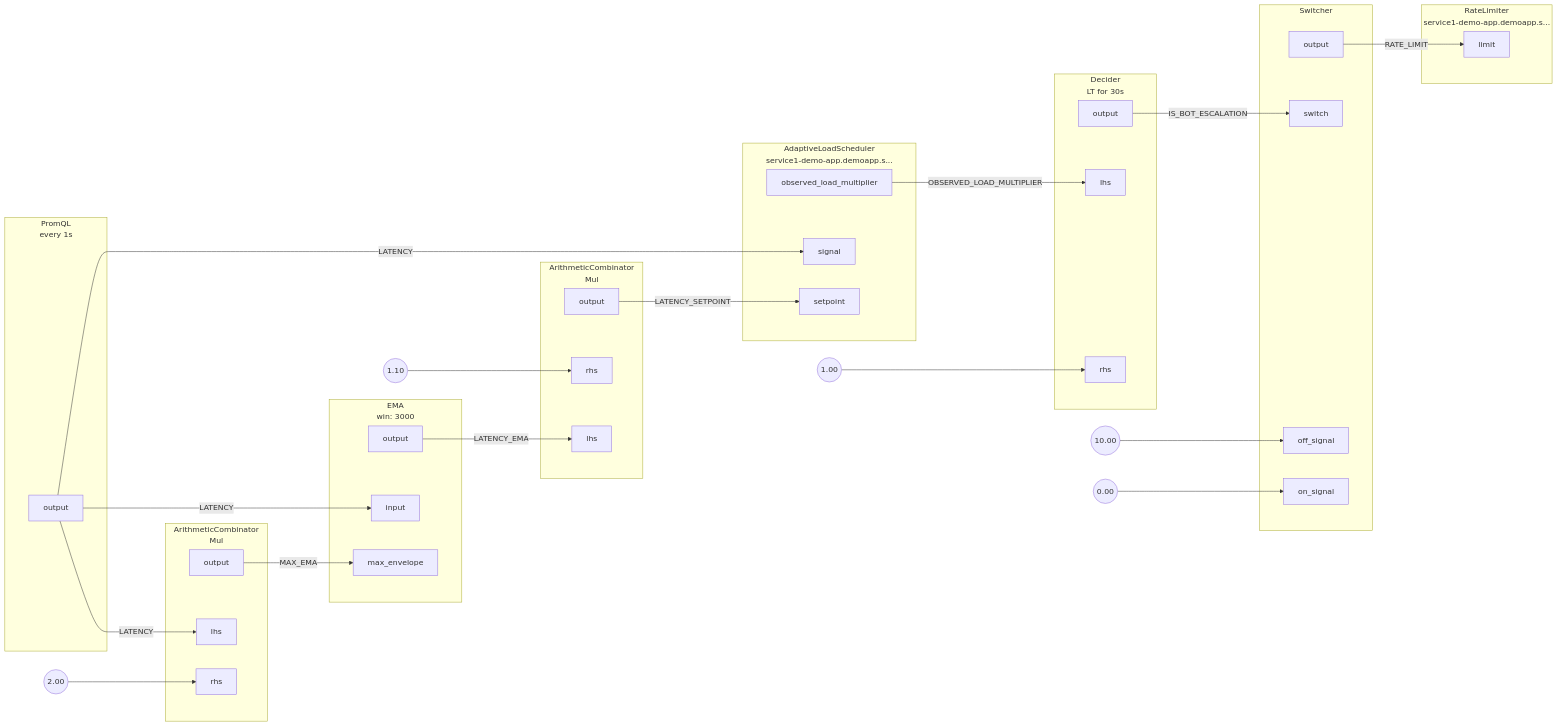
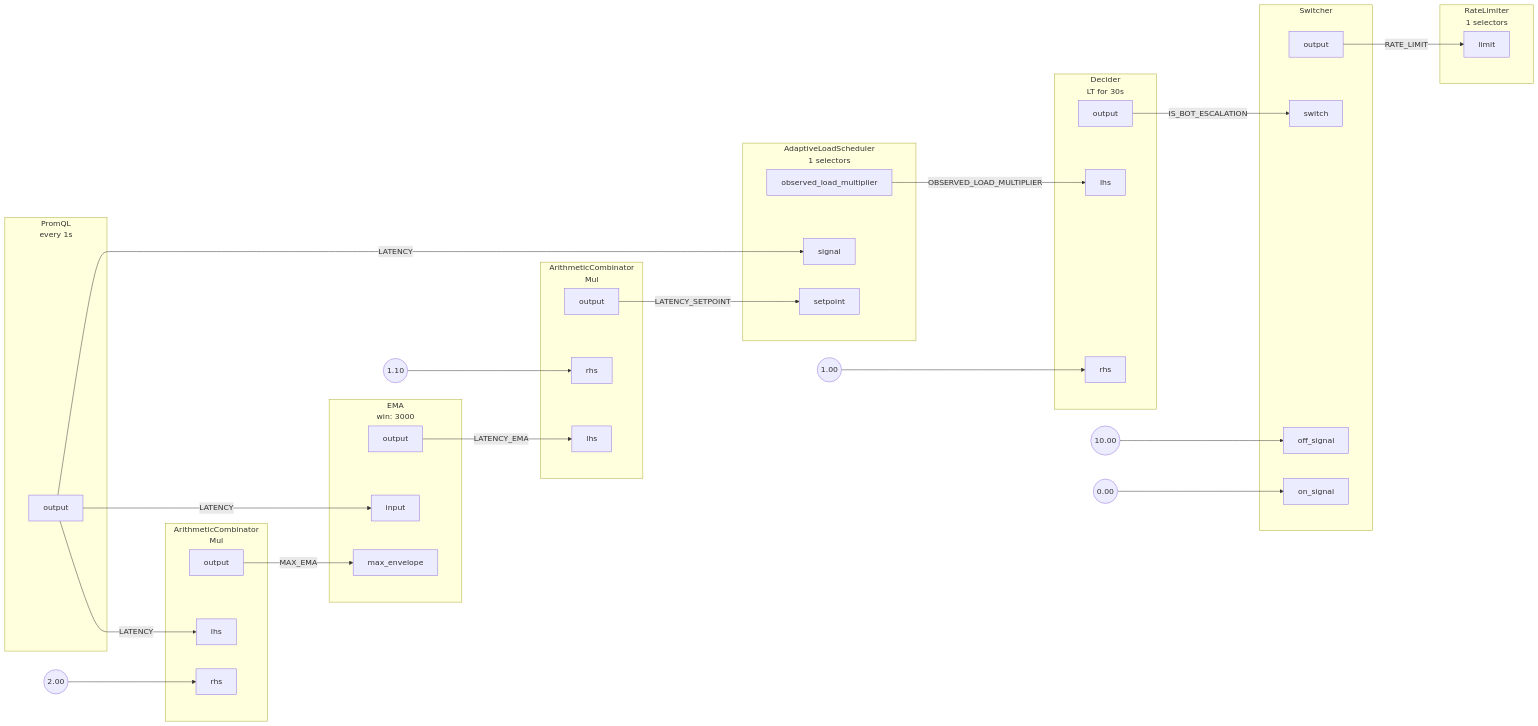
One commit to dataongunlaws/aperture changed the diagram in docs/content/tutorials/flow-control/concurrency-limiting/assets/rate-limiting-escalation/rate-limiting-escalation.mmd. Above: the diagram before and after it, drawn with Mermaid. The commit also changed 199 other files, not shown here.

```diff
--- a/docs/content/tutorials/flow-control/concurrency-limiting/assets/rate-limiting-escalation/rate-limiting-escalation.mmd
+++ b/docs/content/tutorials/flow-control/concurrency-limiting/assets/rate-limiting-escalation/rate-limiting-escalation.mmd
@@ -1,99 +1,99 @@
 flowchart LR
 subgraph root.0[<center>PromQL<br/>every 1s</center>]
 subgraph root.0_outports[ ]
 style root.0_outports fill:none,stroke:none
 root.0output[output]
 end
 end
 subgraph root.1[<center>ArithmeticCombinator<br/>Mul</center>]
 subgraph root.1_inports[ ]
 style root.1_inports fill:none,stroke:none
 root.1lhs[lhs]
 root.1rhs[rhs]
 end
 subgraph root.1_outports[ ]
 style root.1_outports fill:none,stroke:none
 root.1output[output]
 end
 end
 root.1_rhs_FakeConstantout((2.00))
 subgraph root.2[<center>ArithmeticCombinator<br/>Mul</center>]
 subgraph root.2_inports[ ]
 style root.2_inports fill:none,stroke:none
 root.2lhs[lhs]
 root.2rhs[rhs]
 end
 subgraph root.2_outports[ ]
 style root.2_outports fill:none,stroke:none
 root.2output[output]
 end
 end
 root.2_rhs_FakeConstantout((1.10))
 subgraph root.3[<center>EMA<br/>win: 3000</center>]
 subgraph root.3_inports[ ]
 style root.3_inports fill:none,stroke:none
 root.3input[input]
 root.3max_envelope[max_envelope]
 end
 subgraph root.3_outports[ ]
 style root.3_outports fill:none,stroke:none
 root.3output[output]
 end
 end
-subgraph root.4[<center>AdaptiveLoadScheduler<br/>service1-demo-app.demoapp.s...</center>]
+subgraph root.4[<center>AdaptiveLoadScheduler<br/>1 selectors</center>]
 subgraph root.4_inports[ ]
 style root.4_inports fill:none,stroke:none
 root.4setpoint[setpoint]
 root.4signal[signal]
 end
 subgraph root.4_outports[ ]
 style root.4_outports fill:none,stroke:none
 root.4observed_load_multiplier[observed_load_multiplier]
 end
 end
 subgraph root.5[<center>Decider<br/>LT for 30s</center>]
 subgraph root.5_inports[ ]
 style root.5_inports fill:none,stroke:none
 root.5lhs[lhs]
 root.5rhs[rhs]
 end
 subgraph root.5_outports[ ]
 style root.5_outports fill:none,stroke:none
 root.5output[output]
 end
 end
 root.5_rhs_FakeConstantout((1.00))
 subgraph root.6[Switcher]
 subgraph root.6_inports[ ]
 style root.6_inports fill:none,stroke:none
 root.6off_signal[off_signal]
 root.6on_signal[on_signal]
 root.6switch[switch]
 end
 subgraph root.6_outports[ ]
 style root.6_outports fill:none,stroke:none
 root.6output[output]
 end
 end
 root.6_off_signal_FakeConstantout((10.00))
 root.6_on_signal_FakeConstantout((0.00))
-subgraph root.7[<center>RateLimiter<br/>service1-demo-app.demoapp.s...</center>]
+subgraph root.7[<center>RateLimiter<br/>1 selectors</center>]
 subgraph root.7_inports[ ]
 style root.7_inports fill:none,stroke:none
 root.7limit[limit]
 end
 end
 root.0output --> |LATENCY| root.1lhs
 root.0output --> |LATENCY| root.3input
 root.0output --> |LATENCY| root.4signal
 root.1output --> |MAX_EMA| root.3max_envelope
 root.1_rhs_FakeConstantout --> root.1rhs
 root.2output --> |LATENCY_SETPOINT| root.4setpoint
 root.2_rhs_FakeConstantout --> root.2rhs
 root.3output --> |LATENCY_EMA| root.2lhs
 root.4observed_load_multiplier --> |OBSERVED_LOAD_MULTIPLIER| root.5lhs
 root.5output --> |IS_BOT_ESCALATION| root.6switch
 root.5_rhs_FakeConstantout --> root.5rhs
 root.6_off_signal_FakeConstantout --> root.6off_signal
 root.6_on_signal_FakeConstantout --> root.6on_signal
 root.6output --> |RATE_LIMIT| root.7limit
```
